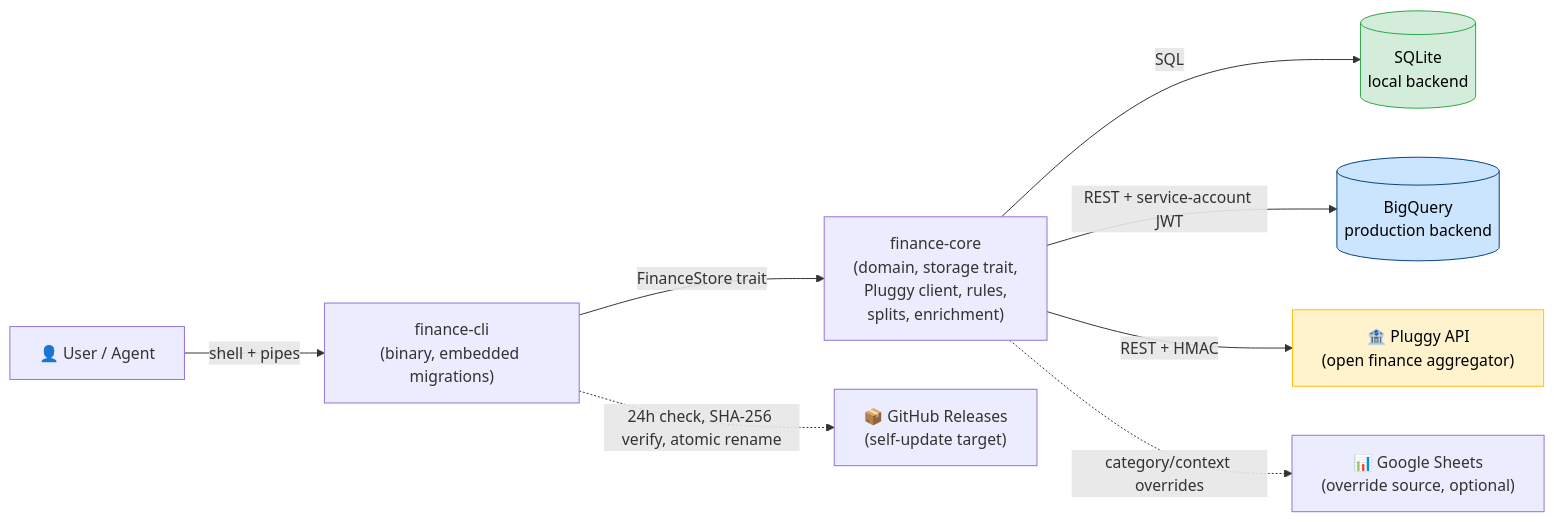
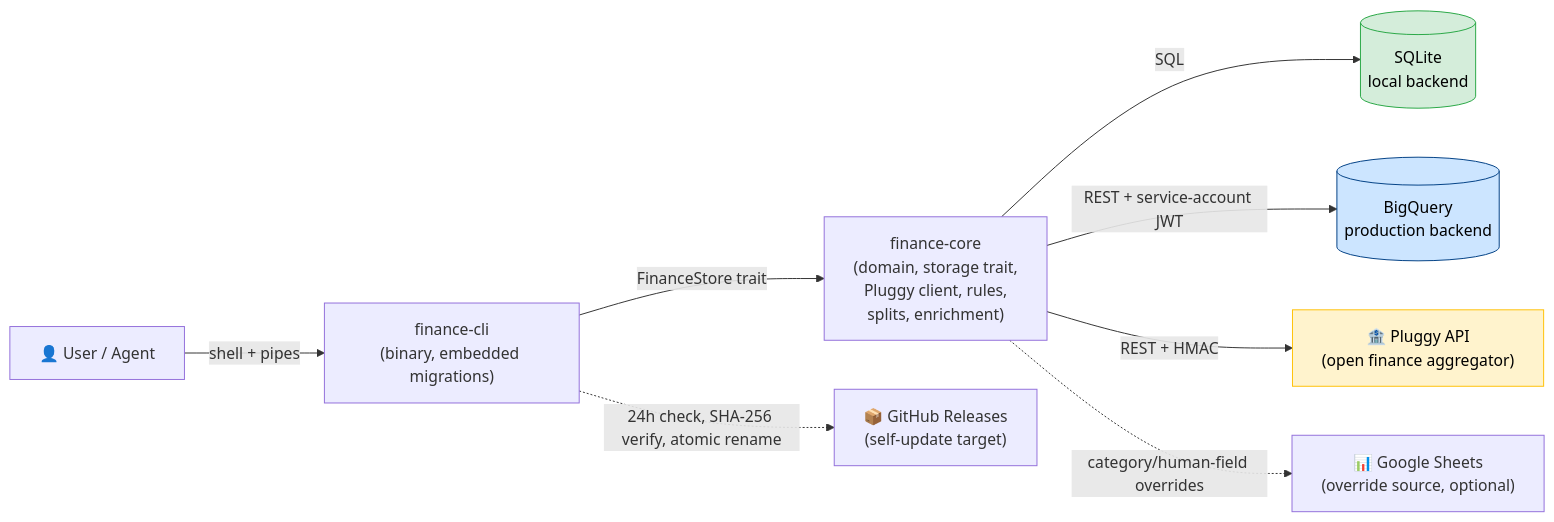
Before and after one commit to phai-run/phai: the first of 3 diagrams in docs/ARCHITECTURE.md, drawn with Mermaid. The commit also changed other lines of this file and 26 other files, not shown here.

````diff
--- a/docs/ARCHITECTURE.md
+++ b/docs/ARCHITECTURE.md
@@ -47,23 +47,23 @@
 ```mermaid
 flowchart LR
     User["👤 User / Agent"]
     CLI["finance-cli\n(binary, embedded migrations)"]
     Core["finance-core\n(domain, storage trait,\nPluggy client, rules,\nsplits, enrichment)"]
     SQLite[("SQLite\nlocal backend")]
     BQ[("BigQuery\nproduction backend")]
     Pluggy["🏦 Pluggy API\n(open finance aggregator)"]
     Sheets["📊 Google Sheets\n(override source, optional)"]
     Releases["📦 GitHub Releases\n(self-update target)"]
 
     User -->|"shell + pipes"| CLI
     CLI -->|"FinanceStore trait"| Core
     Core -->|"SQL"| SQLite
     Core -->|"REST + service-account JWT"| BQ
     Core -->|"REST + HMAC"| Pluggy
-    Core -.->|"category/context overrides"| Sheets
+    Core -.->|"category/human-field overrides"| Sheets
     CLI -.->|"24h check, SHA-256 verify, atomic rename"| Releases
 
     style SQLite fill:#d4edda,stroke:#28a745,color:#000
     style BQ fill:#cce5ff,stroke:#004085,color:#000
     style Pluggy fill:#fff3cd,stroke:#ffc107,color:#000
 ```
````
